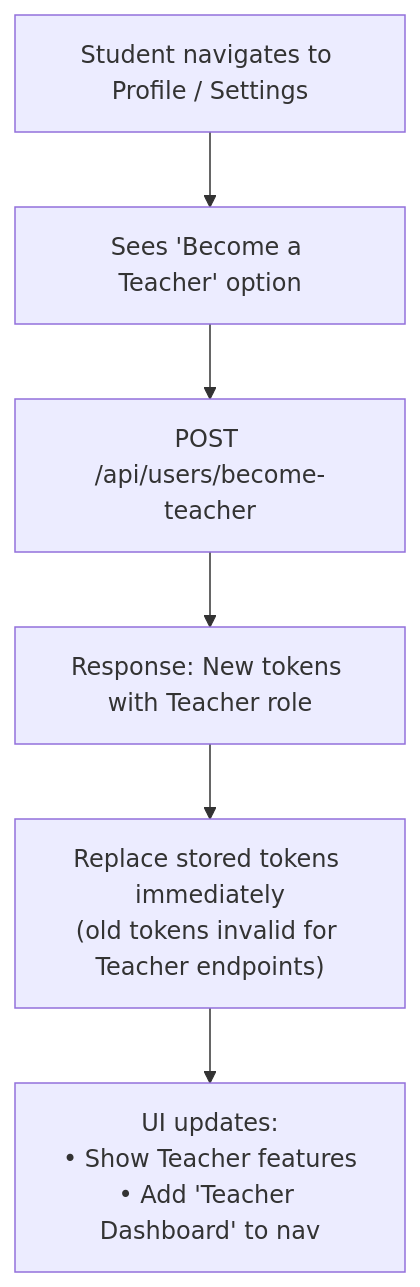
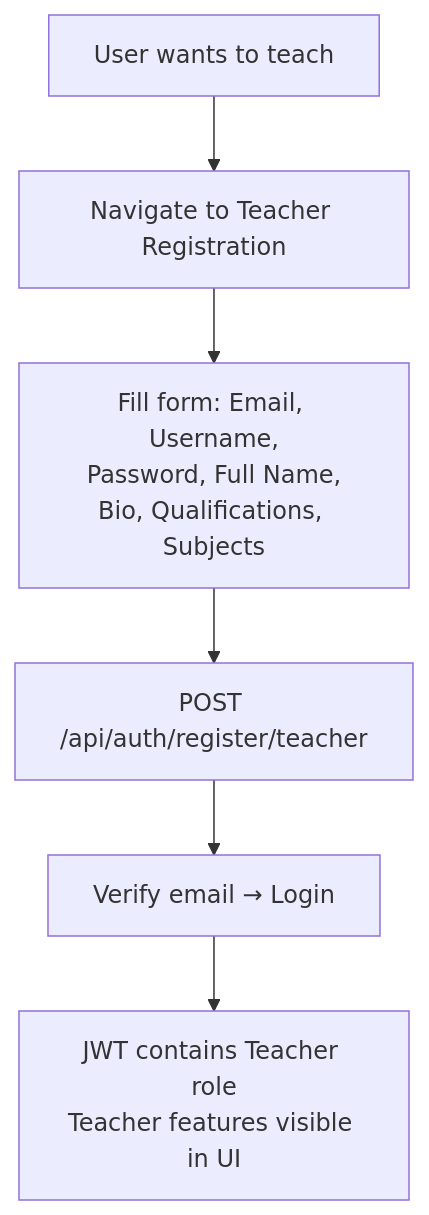
Diagram 23 of 44 in docs/USER_JOURNEY.md (ahmedashraf0001/AI-Powered-Educational-Platform), drawn with Mermaid before and after one commit. The commit also changed other lines of this file and 58 other files, not shown here.

````diff
--- a/docs/USER_JOURNEY.md
+++ b/docs/USER_JOURNEY.md
@@ -917,8 +967,8 @@
 ```mermaid
 flowchart TD
-    A["Student navigates to Profile / Settings"] --> B["Sees 'Become a Teacher' option"]
-    B --> C["POST /api/users/become-teacher"]
-    C --> D["Response: New tokens with Teacher role"]
-    D --> E["Replace stored tokens immediately<br/>(old tokens invalid for Teacher endpoints)"]
-    E --> F["UI updates:<br/>• Show Teacher features<br/>• Add 'Teacher Dashboard' to nav"]
+    A["User wants to teach"] --> B["Navigate to Teacher Registration"]
+    B --> C["Fill form: Email, Username,<br/>Password, Full Name,<br/>Bio, Qualifications, Subjects"]
+    C --> D["POST /api/auth/register/teacher"]
+    D --> E["Verify email → Login"]
+    E --> F["JWT contains Teacher role<br/>Teacher features visible in UI"]
 ```
````
